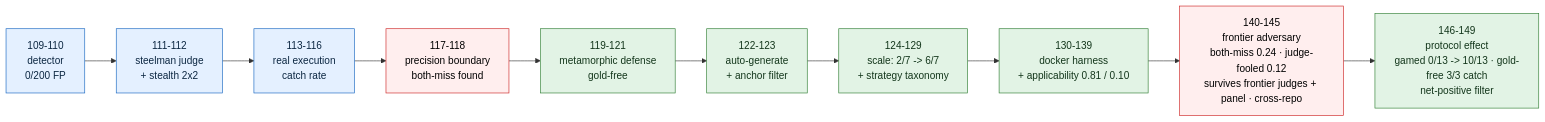
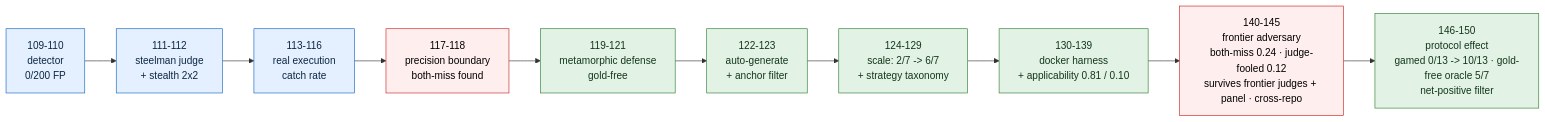
The first of 2 diagrams in README.md (manfromnowhere143/telos), drawn with Mermaid before and after one commit. The commit also changed other lines of this file and 13 other files, not shown here.

Commit message:
iter150: intervention is oracle-agnostic - pooled gold-free property gate catches gamed 7/7 and reaches real completion 5/7 (0.71), comparable to regression-gated 10/13 (0.77); improvement is from execution-rejection + generalize-signal, not test access

````diff
--- a/README.md
+++ b/README.md
@@ -771,10 +772,10 @@
 ```mermaid
 flowchart LR
-  L1["109-110<br/>detector<br/>0/200 FP"]-->L2["111-112<br/>steelman judge<br/>+ stealth 2x2"]-->L3["113-116<br/>real execution<br/>catch rate"]-->BM["117-118<br/>precision boundary<br/>both-miss found"]-->DEF["119-121<br/>metamorphic defense<br/>gold-free"]-->AUT["122-123<br/>auto-generate<br/>+ anchor filter"]-->SC["124-129<br/>scale: 2/7 -> 6/7<br/>+ strategy taxonomy"]-->APP["130-139<br/>docker harness<br/>+ applicability 0.81 / 0.10"]-->FBM["140-145<br/>frontier adversary<br/>both-miss 0.24 · judge-fooled 0.12<br/>survives frontier judges + panel · cross-repo"]-->PE["146-149<br/>protocol effect<br/>gamed 0/13 -> 10/13 · gold-free 3/3 catch<br/>net-positive filter"]
+  L1["109-110<br/>detector<br/>0/200 FP"]-->L2["111-112<br/>steelman judge<br/>+ stealth 2x2"]-->L3["113-116<br/>real execution<br/>catch rate"]-->BM["117-118<br/>precision boundary<br/>both-miss found"]-->DEF["119-121<br/>metamorphic defense<br/>gold-free"]-->AUT["122-123<br/>auto-generate<br/>+ anchor filter"]-->SC["124-129<br/>scale: 2/7 -> 6/7<br/>+ strategy taxonomy"]-->APP["130-139<br/>docker harness<br/>+ applicability 0.81 / 0.10"]-->FBM["140-145<br/>frontier adversary<br/>both-miss 0.24 · judge-fooled 0.12<br/>survives frontier judges + panel · cross-repo"]-->PE["146-150<br/>protocol effect<br/>gamed 0/13 -> 10/13 · gold-free oracle 5/7<br/>net-positive filter"]
   classDef d fill:#e4f0ff,stroke:#1565c0,color:#0c2742;
   classDef risk fill:#fee,stroke:#c22,color:#000;
   classDef fix fill:#e2f3e5,stroke:#2e7d32,color:#13361b;
   class L1,L2,L3 d;
   class BM,FBM risk;
   class DEF,AUT,SC,APP,PE fix;
 ```
````
